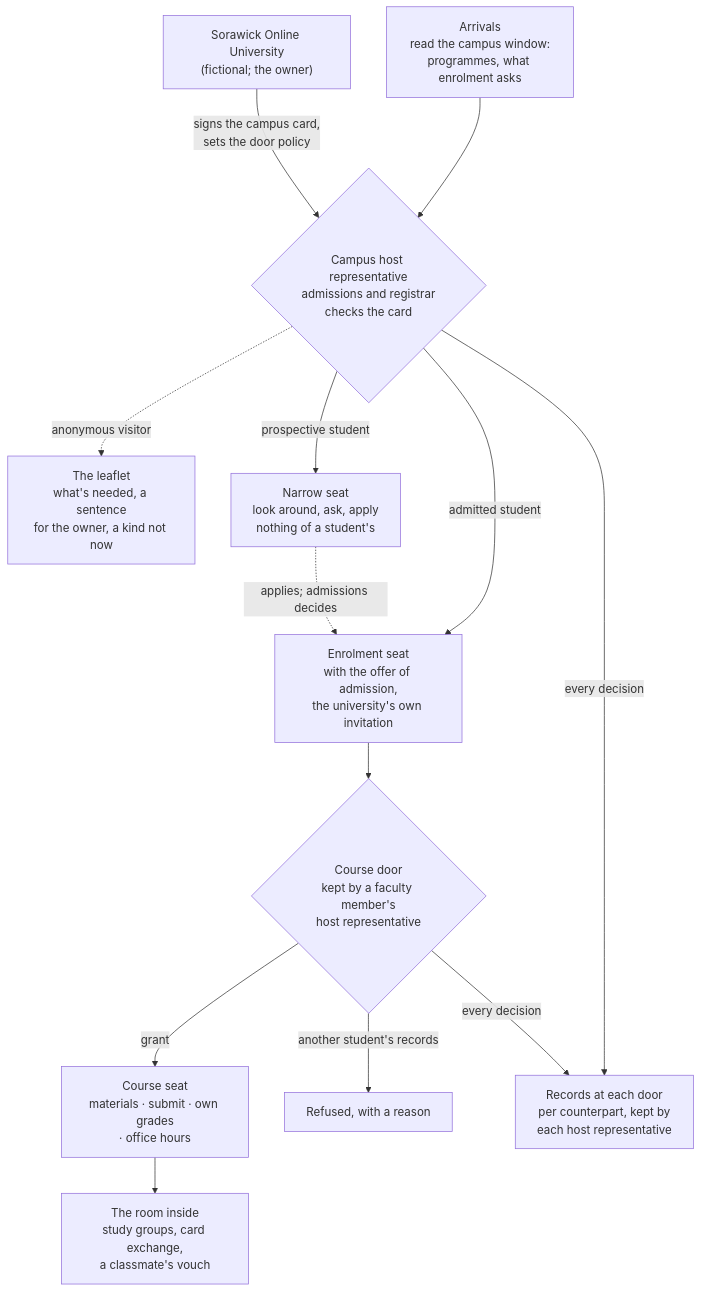
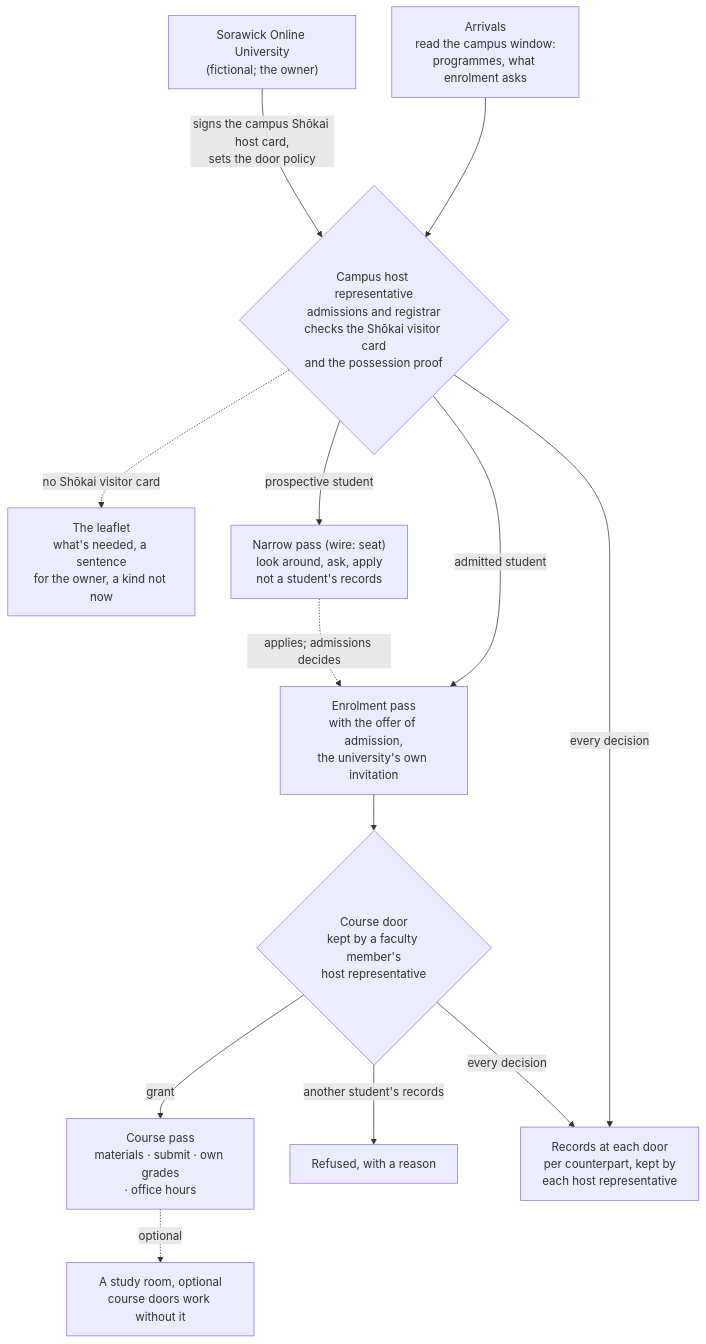
One commit to Kigenka/shokai changed the diagram in docs/diagrams/src/example-university-host-tall.mmd. Above: the diagram before and after it, drawn with Mermaid. The commit also changed 368 other files, not shown here.

```diff
--- a/docs/diagrams/src/example-university-host-tall.mmd
+++ b/docs/diagrams/src/example-university-host-tall.mmd
@@ -1,13 +1,13 @@
 flowchart TD
-  U["Sorawick Online University<br/>(fictional; the owner)"] -- "signs the campus card,<br/>sets the door policy" --> C
-  A["Arrivals<br/>read the campus window:<br/>programmes, what enrolment asks"] --> C{"Campus host representative<br/>admissions and registrar<br/>checks the card"}
-  C -. "anonymous visitor" .-> L["The leaflet<br/>what's needed, a sentence<br/>for the owner, a kind not now"]
-  C -- "prospective student" --> P["Narrow seat<br/>look around, ask, apply<br/>nothing of a student's"]
-  C -- "admitted student" --> E["Enrolment seat<br/>with the offer of admission,<br/>the university's own invitation"]
+  U["Sorawick Online University<br/>(fictional; the owner)"] -- "signs the campus Shōkai host card,<br/>sets the door policy" --> C
+  A["Arrivals<br/>read the campus window:<br/>programmes, what enrolment asks"] --> C{"Campus host representative<br/>admissions and registrar<br/>checks the Shōkai visitor card<br/>and the possession proof"}
+  C -. "no Shōkai visitor card" .-> L["The leaflet<br/>what's needed, a sentence<br/>for the owner, a kind not now"]
+  C -- "prospective student" --> P["Narrow pass (wire: seat)<br/>look around, ask, apply<br/>not a student's records"]
+  C -- "admitted student" --> E["Enrolment pass<br/>with the offer of admission,<br/>the university's own invitation"]
   P -. "applies; admissions decides" .-> E
   E --> CD{"Course door<br/>kept by a faculty member's<br/>host representative"}
-  CD -- "grant" --> S["Course seat<br/>materials · submit · own grades<br/>· office hours"]
+  CD -- "grant" --> S["Course pass<br/>materials · submit · own grades<br/>· office hours"]
   CD -- "another student's records" --> X["Refused, with a reason"]
-  S --> R["The room inside<br/>study groups, card exchange,<br/>a classmate's vouch"]
+  S -. "optional" .-> R["A study room, optional<br/>course doors work without it"]
   C -- "every decision" --> K["Records at each door<br/>per counterpart, kept by<br/>each host representative"]
   CD -- "every decision" --> K
```
